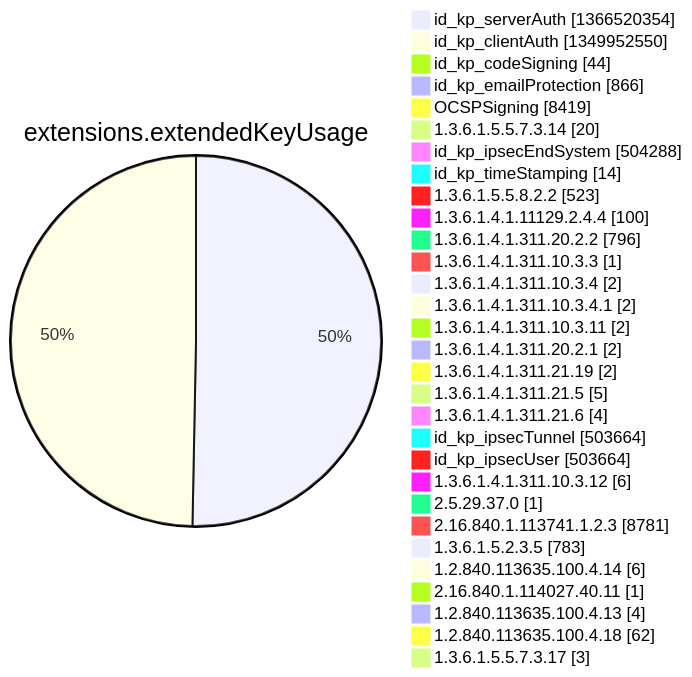
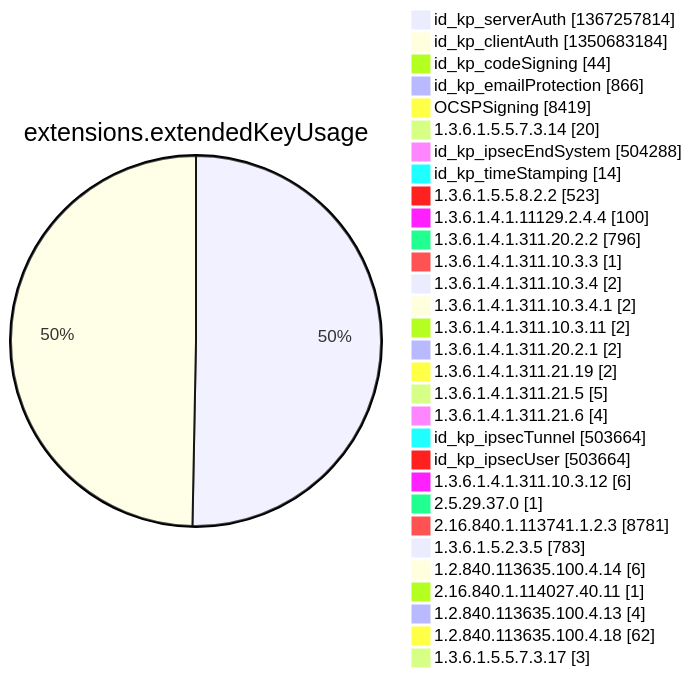
Before and after one commit to christiankrug/ctmonitor_visualization: diagram 12 of 15 in argon2022/README.md, drawn with Mermaid. The commit also changed other lines of this file, not shown here.

````diff
--- a/argon2022/README.md
+++ b/argon2022/README.md
@@ -3553,34 +3553,34 @@
 ```mermaid
 pie showData
 title extensions.extendedKeyUsage
-"id_kp_serverAuth" :1366520354
-"id_kp_clientAuth" :1349952550
+"id_kp_serverAuth" :1367257814
+"id_kp_clientAuth" :1350683184
 "id_kp_codeSigning" :44
 "id_kp_emailProtection" :866
 "OCSPSigning" :8419
 "1.3.6.1.5.5.7.3.14" :20
 "id_kp_ipsecEndSystem" :504288
 "id_kp_timeStamping" :14
 "1.3.6.1.5.5.8.2.2" :523
 "1.3.6.1.4.1.11129.2.4.4" :100
 "1.3.6.1.4.1.311.20.2.2" :796
 "1.3.6.1.4.1.311.10.3.3" :1
 "1.3.6.1.4.1.311.10.3.4" :2
 "1.3.6.1.4.1.311.10.3.4.1" :2
 "1.3.6.1.4.1.311.10.3.11" :2
 "1.3.6.1.4.1.311.20.2.1" :2
 "1.3.6.1.4.1.311.21.19" :2
 "1.3.6.1.4.1.311.21.5" :5
 "1.3.6.1.4.1.311.21.6" :4
 "id_kp_ipsecTunnel" :503664
 "id_kp_ipsecUser" :503664
 "1.3.6.1.4.1.311.10.3.12" :6
 "2.5.29.37.0" :1
 "2.16.840.1.113741.1.2.3" :8781
 "1.3.6.1.5.2.3.5" :783
 "1.2.840.113635.100.4.14" :6
 "2.16.840.1.114027.40.11" :1
 "1.2.840.113635.100.4.13" :4
 "1.2.840.113635.100.4.18" :62
 "1.3.6.1.5.5.7.3.17" :3
 ```
````
